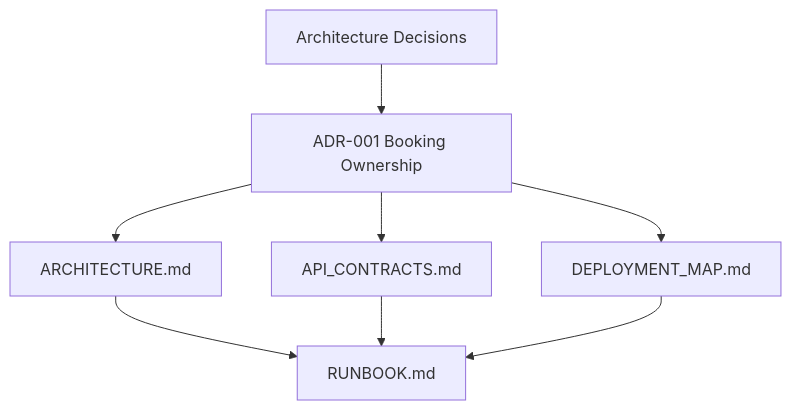
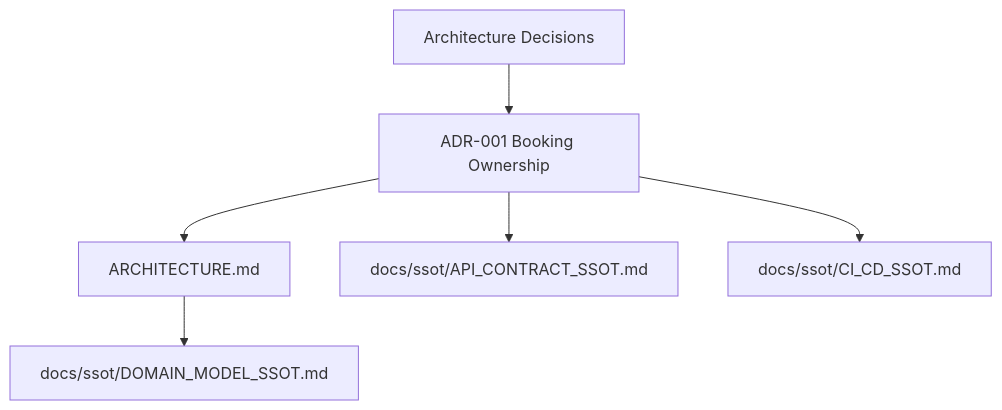
The first of 2 diagrams in docs/decisions/README.md (esparexin/Esparex), drawn with Mermaid before and after one commit. The commit also changed other lines of this file and 66 other files, not shown here.

````diff
--- a/docs/decisions/README.md
+++ b/docs/decisions/README.md
@@ -45,10 +45,8 @@
 ```mermaid
 graph TD
     Decisions["Architecture Decisions"] --> ADR001["ADR-001 Booking Ownership"]
     ADR001 --> ARCH["ARCHITECTURE.md"]
-    ADR001 --> API["API_CONTRACTS.md"]
-    ADR001 --> DEPL["DEPLOYMENT_MAP.md"]
-    ARCH --> RUN["RUNBOOK.md"]
-    API --> RUN
-    DEPL --> RUN
+    ADR001 --> API["docs/ssot/API_CONTRACT_SSOT.md"]
+    ADR001 --> DEPL["docs/ssot/CI_CD_SSOT.md"]
+    ARCH --> RUN["docs/ssot/DOMAIN_MODEL_SSOT.md"]
 ```
````
